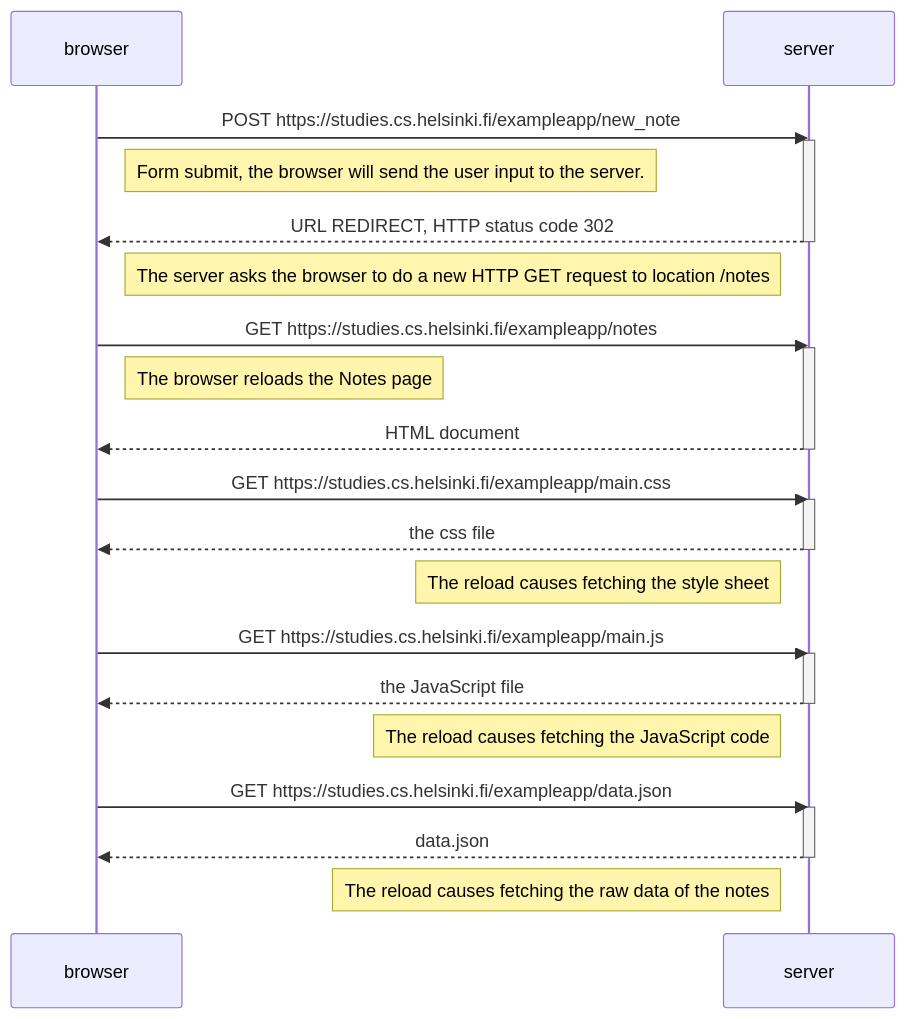
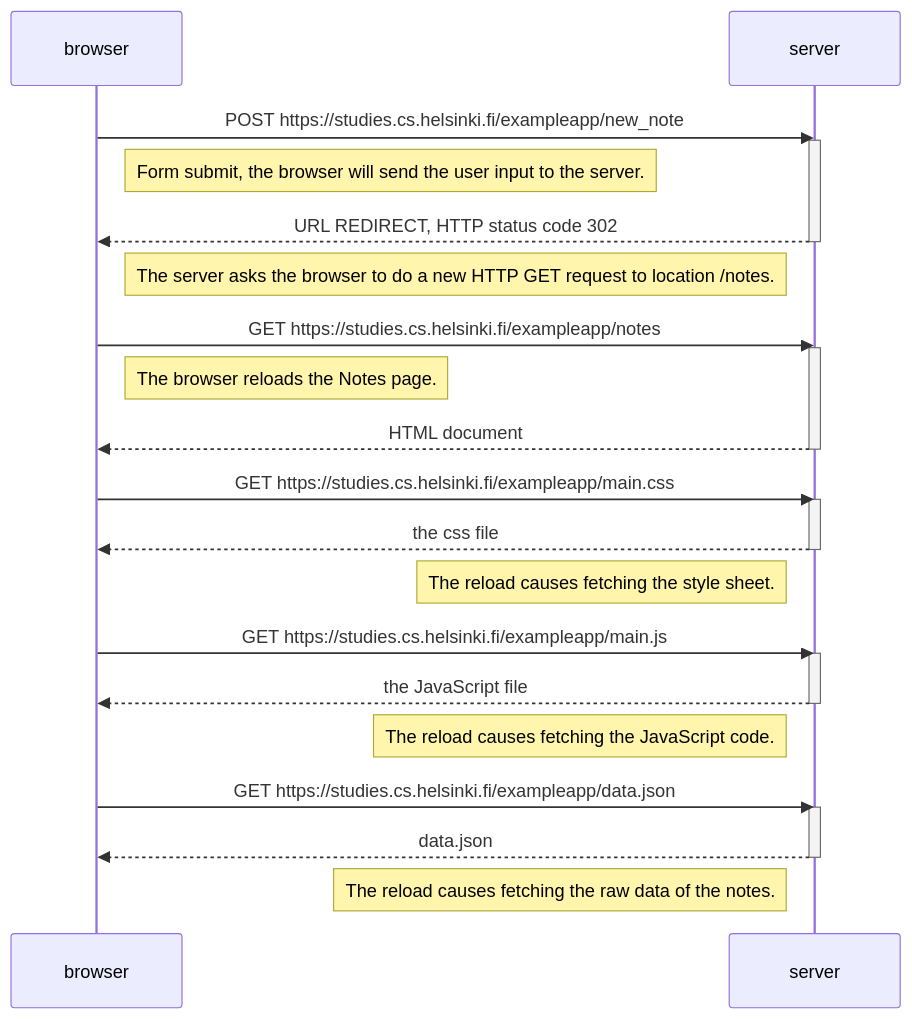
The diagram in part0/new_note.md (melikedi/Fullstackopen), drawn with Mermaid before and after one commit.

Commit message:
Update new_note

````diff
--- a/part0/new_note.md
+++ b/part0/new_note.md
@@ -1,39 +1,39 @@
 ```mermaid
 sequenceDiagram
     participant browser
     participant server
 
     browser->>server: POST https://studies.cs.helsinki.fi/exampleapp/new_note
     activate server
     Note right of browser : Form submit, the browser will send the user input to the server.
     server-->>browser:URL REDIRECT, HTTP status code 302
     deactivate server
-    Note left of server : The server asks the browser to do a new HTTP GET request to location /notes
+    Note left of server : The server asks the browser to do a new HTTP GET request to location /notes.
     
     
     browser->>server: GET https://studies.cs.helsinki.fi/exampleapp/notes
     activate server
-    Note right of browser :The browser reloads the Notes page
+    Note right of browser :The browser reloads the Notes page.
     server-->>browser: HTML document
     deactivate server
 
     browser->>server: GET https://studies.cs.helsinki.fi/exampleapp/main.css
     activate server
     server-->>browser: the css file
     deactivate server
-    Note left of server : The reload causes fetching the style sheet
+    Note left of server : The reload causes fetching the style sheet.
     
 
     browser->>server: GET https://studies.cs.helsinki.fi/exampleapp/main.js
     activate server
     server-->>browser: the JavaScript file
     deactivate server
-    Note left of server : The reload causes fetching the JavaScript code
+    Note left of server : The reload causes fetching the JavaScript code.
 
 
     browser->>server: GET https://studies.cs.helsinki.fi/exampleapp/data.json
     activate server
     server-->>browser: data.json
     deactivate server
-    Note left of server : The reload causes fetching the raw data of the notes
+    Note left of server : The reload causes fetching the raw data of the notes.
 ```
````
